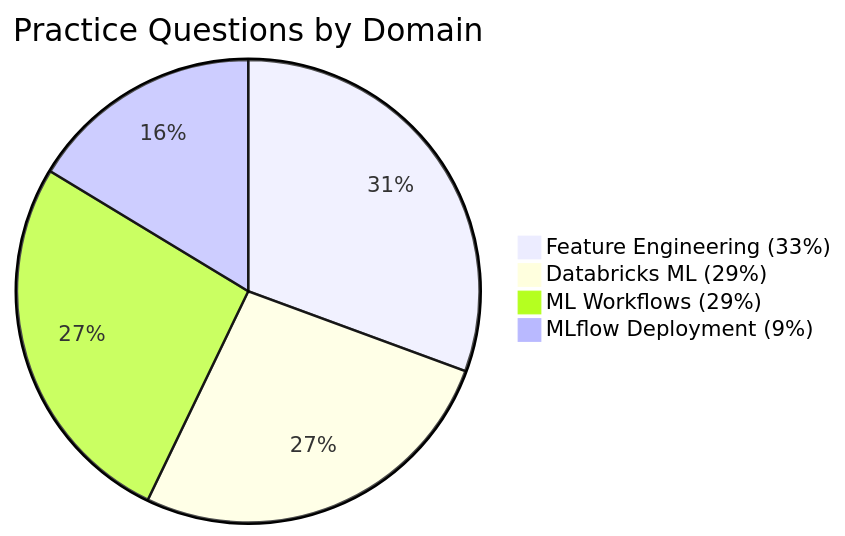
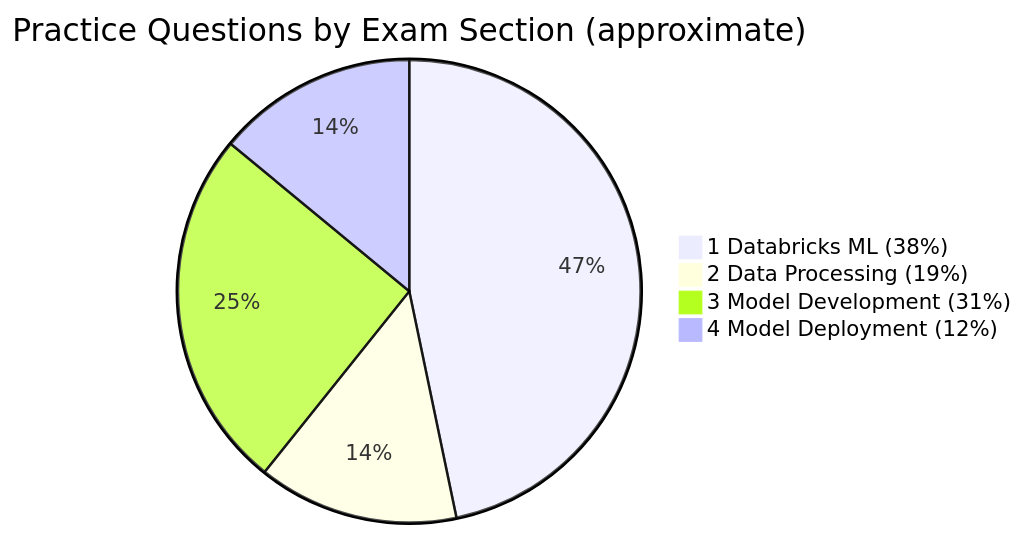
One commit to kengio/databricks-certification-study-guide changed the diagram in certifications/ml-associate/resources/practice-questions/README.md. Above: the diagram before and after it, drawn with Mermaid. The commit also changed other lines of this file and 50 other files, not shown here.

````diff
--- a/certifications/ml-associate/resources/practice-questions/README.md
+++ b/certifications/ml-associate/resources/practice-questions/README.md
@@ -33,7 +40,7 @@
 ```mermaid
-pie title Practice Questions by Domain
-    "Feature Engineering (33%)" : 15
-    "Databricks ML (29%)" : 13
-    "ML Workflows (29%)" : 13
-    "MLflow Deployment (9%)" : 8
+pie title Practice Questions by Exam Section (approximate)
+    "1 Databricks ML (38%)" : 50
+    "2 Data Processing (19%)" : 15
+    "3 Model Development (31%)" : 27
+    "4 Model Deployment (12%)" : 15
 ```
````
